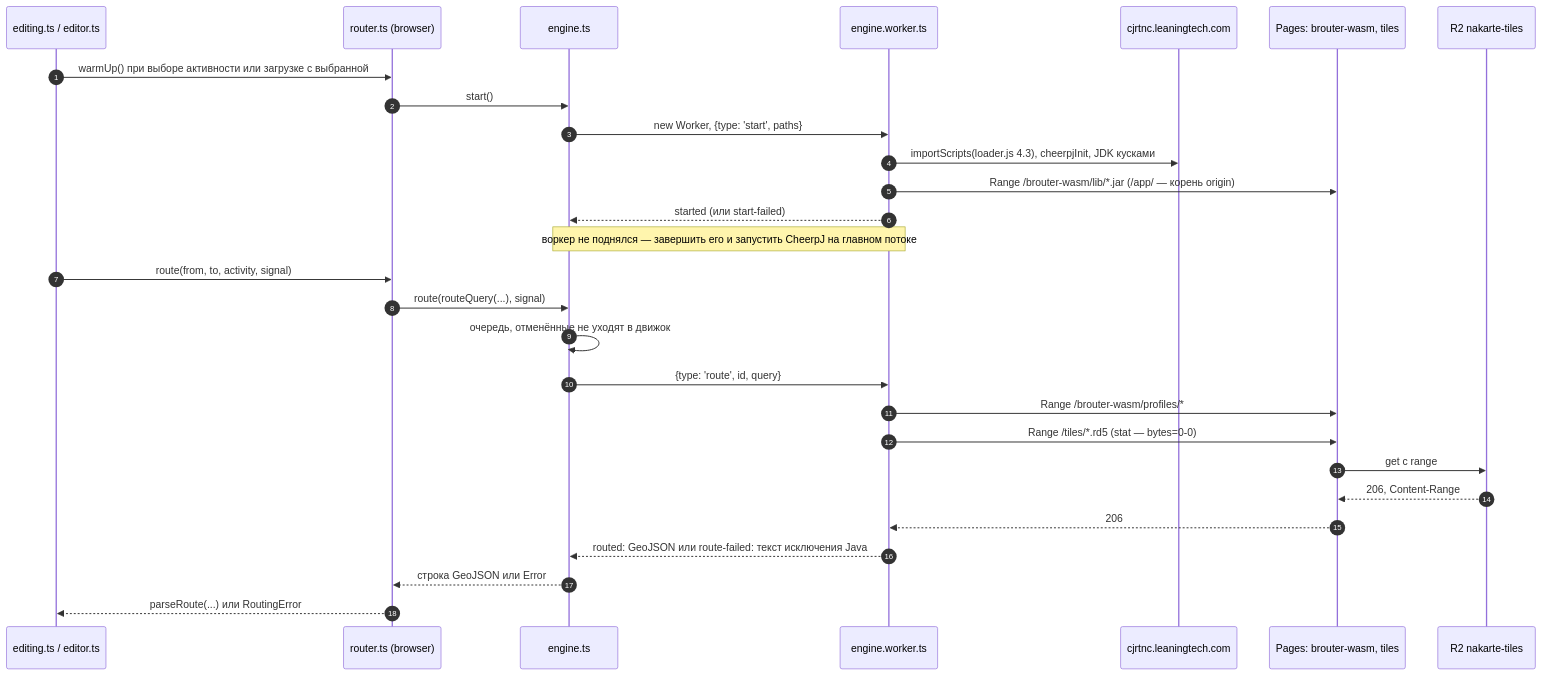
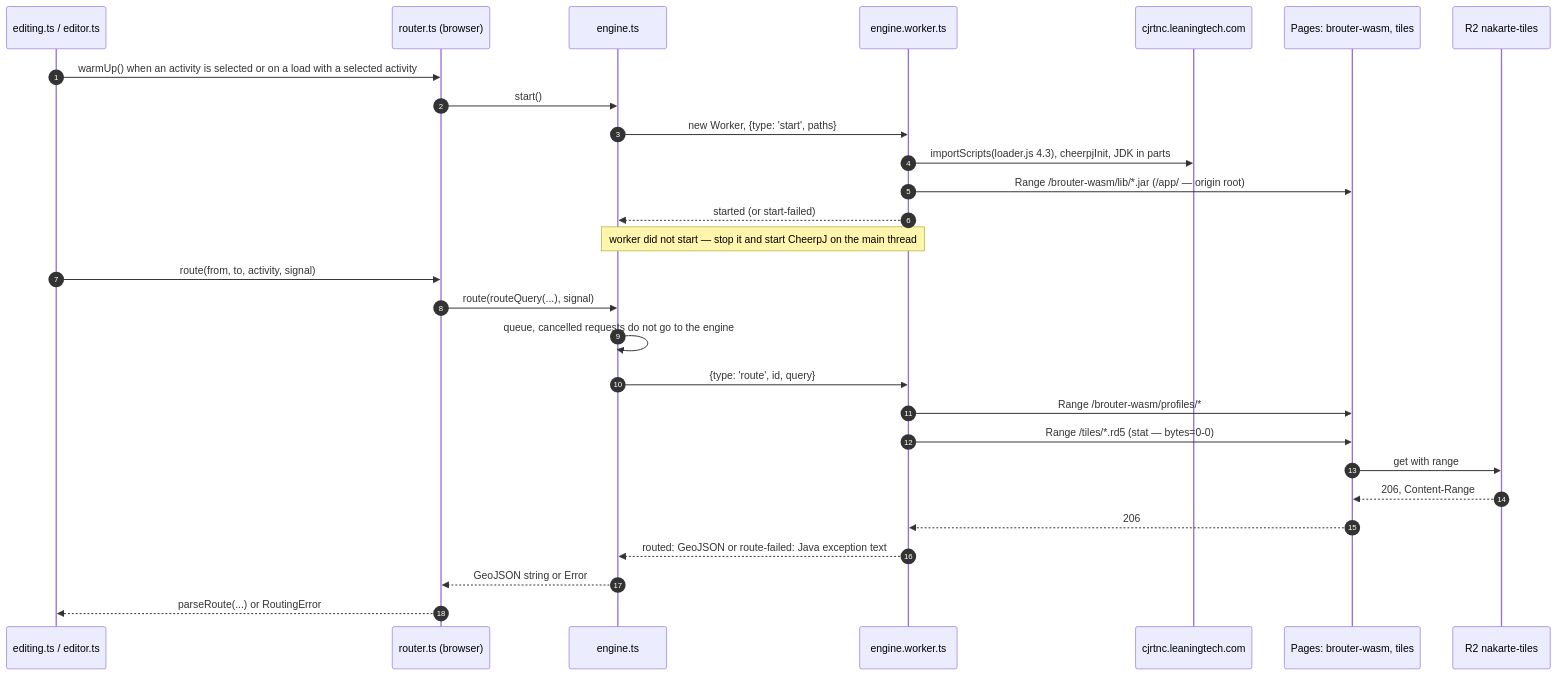
One commit to sergeycw/nakarte changed the second of 2 diagrams in docs/architecture/routing.md. Above: the diagram before and after it, drawn with Mermaid. The commit also changed other lines of this file and 11 other files, not shown here.

````diff
--- a/docs/architecture/routing.md
+++ b/docs/architecture/routing.md
@@ -49,31 +55,31 @@
 ```mermaid
 sequenceDiagram
     autonumber
     participant ED as editing.ts / editor.ts
     participant RT as router.ts (browser)
     participant EN as engine.ts
     participant WK as engine.worker.ts
     participant CDN as cjrtnc.leaningtech.com
     participant PG as Pages: brouter-wasm, tiles
     participant R2 as R2 nakarte-tiles
 
-    ED->>RT: warmUp() при выборе активности или загрузке с выбранной
+    ED->>RT: warmUp() when an activity is selected or on a load with a selected activity
     RT->>EN: start()
     EN->>WK: new Worker, {type: 'start', paths}
-    WK->>CDN: importScripts(loader.js 4.3), cheerpjInit, JDK кусками
-    WK->>PG: Range /brouter-wasm/lib/*.jar (/app/ — корень origin)
-    WK-->>EN: started (или start-failed)
-    Note over EN,WK: воркер не поднялся — завершить его и запустить CheerpJ на главном потоке
+    WK->>CDN: importScripts(loader.js 4.3), cheerpjInit, JDK in parts
+    WK->>PG: Range /brouter-wasm/lib/*.jar (/app/ — origin root)
+    WK-->>EN: started (or start-failed)
+    Note over EN,WK: worker did not start — stop it and start CheerpJ on the main thread
     ED->>RT: route(from, to, activity, signal)
     RT->>EN: route(routeQuery(...), signal)
-    EN->>EN: очередь, отменённые не уходят в движок
+    EN->>EN: queue, cancelled requests do not go to the engine
     EN->>WK: {type: 'route', id, query}
     WK->>PG: Range /brouter-wasm/profiles/*
     WK->>PG: Range /tiles/*.rd5 (stat — bytes=0-0)
-    PG->>R2: get с range
+    PG->>R2: get with range
     R2-->>PG: 206, Content-Range
     PG-->>WK: 206
-    WK-->>EN: routed: GeoJSON или route-failed: текст исключения Java
-    EN-->>RT: строка GeoJSON или Error
-    RT-->>ED: parseRoute(...) или RoutingError
+    WK-->>EN: routed: GeoJSON or route-failed: Java exception text
+    EN-->>RT: GeoJSON string or Error
+    RT-->>ED: parseRoute(...) or RoutingError
 ```
````
